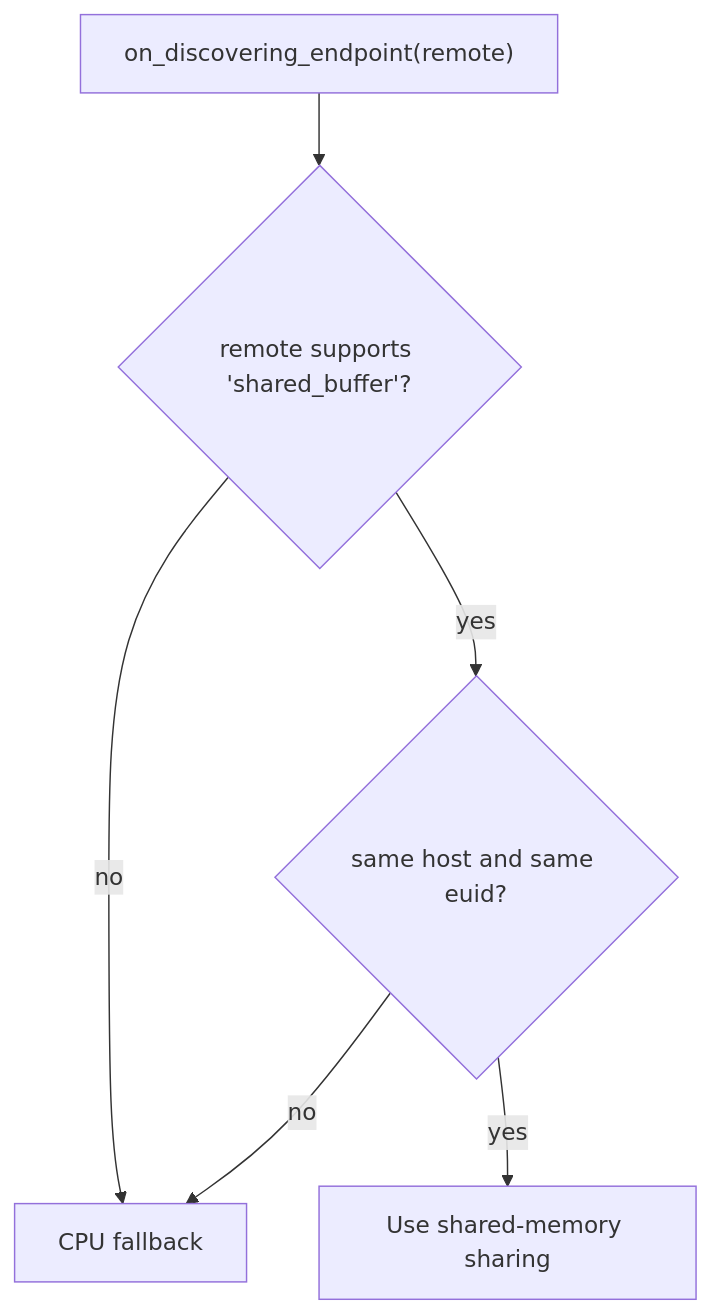
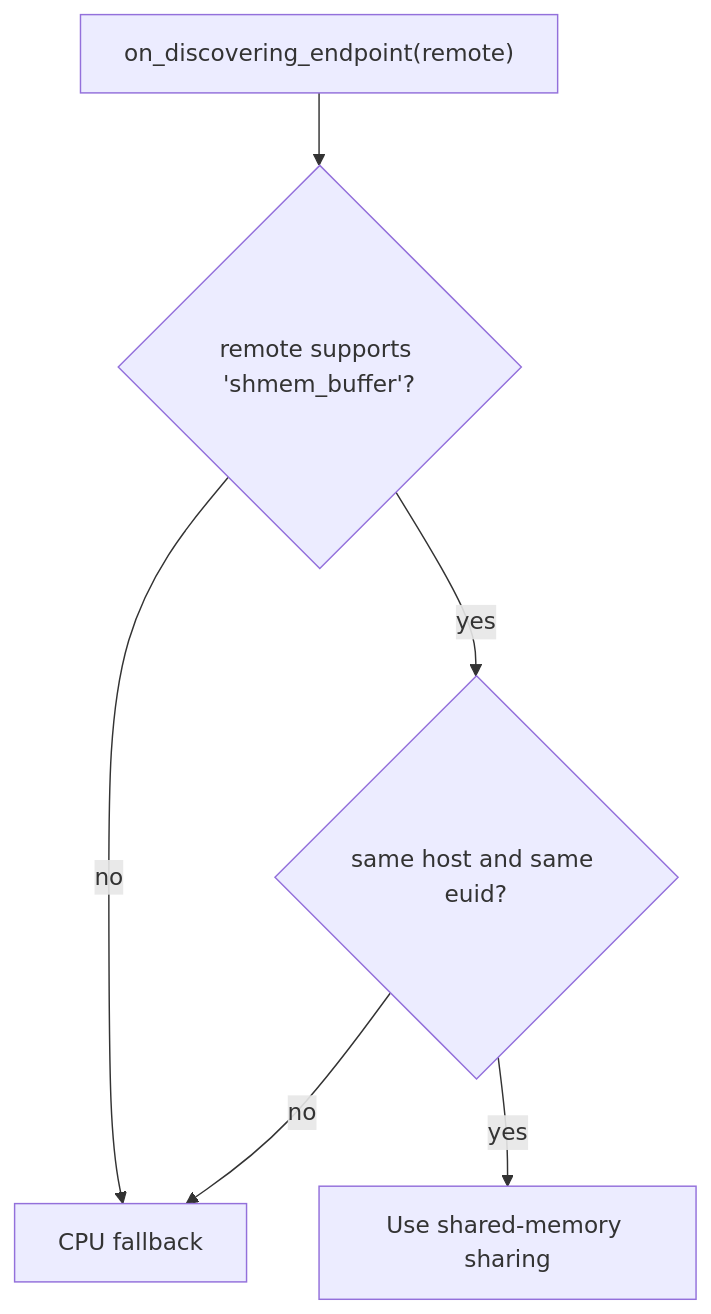
Before and after one commit to dskkato/shmem_buffer_backend: the fourth of 6 diagrams in docs/shmem_buffer_backend_design.md, drawn with Mermaid. The commit also changed other lines of this file and 69 other files, not shown here.

Commit message:
Rename shared buffer package to shmem_buffer

````diff
--- a/docs/shmem_buffer_backend_design.md
+++ b/docs/shmem_buffer_backend_design.md
@@ -159,8 +159,8 @@
 ```mermaid
 flowchart TB
-  Discover["on_discovering_endpoint(remote)"] --> A{"remote supports 'shared_buffer'?"}
+  Discover["on_discovering_endpoint(remote)"] --> A{"remote supports 'shmem_buffer'?"}
   A -->|no| Fallback[CPU fallback]
   A -->|yes| B{"same host and same euid?"}
   B -->|yes| Use[Use shared-memory sharing]
   B -->|no| Fallback[CPU fallback]
 ```
````
